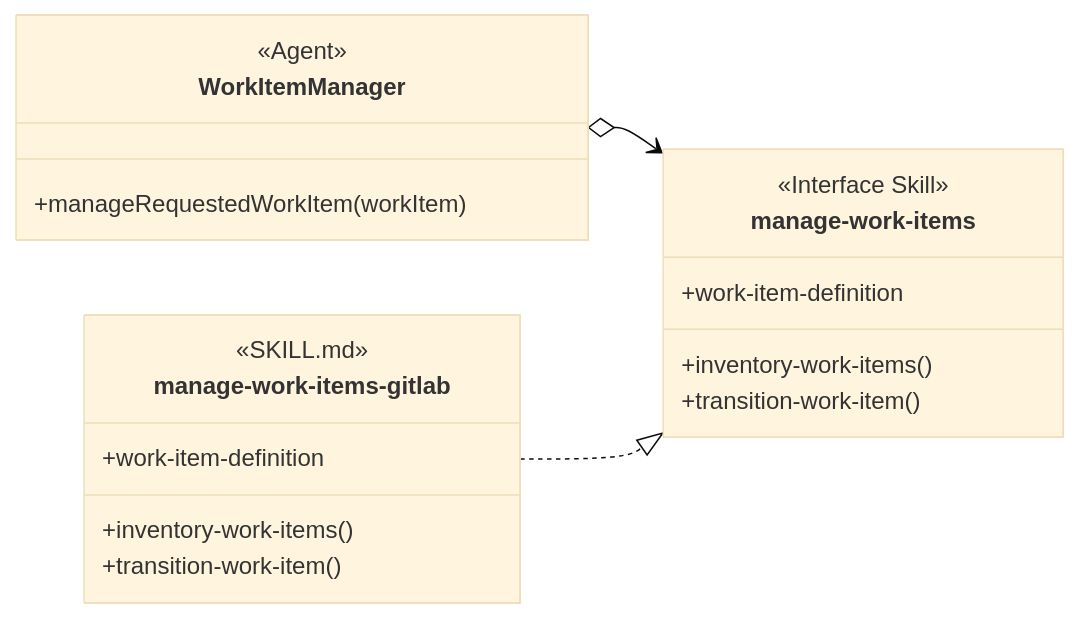
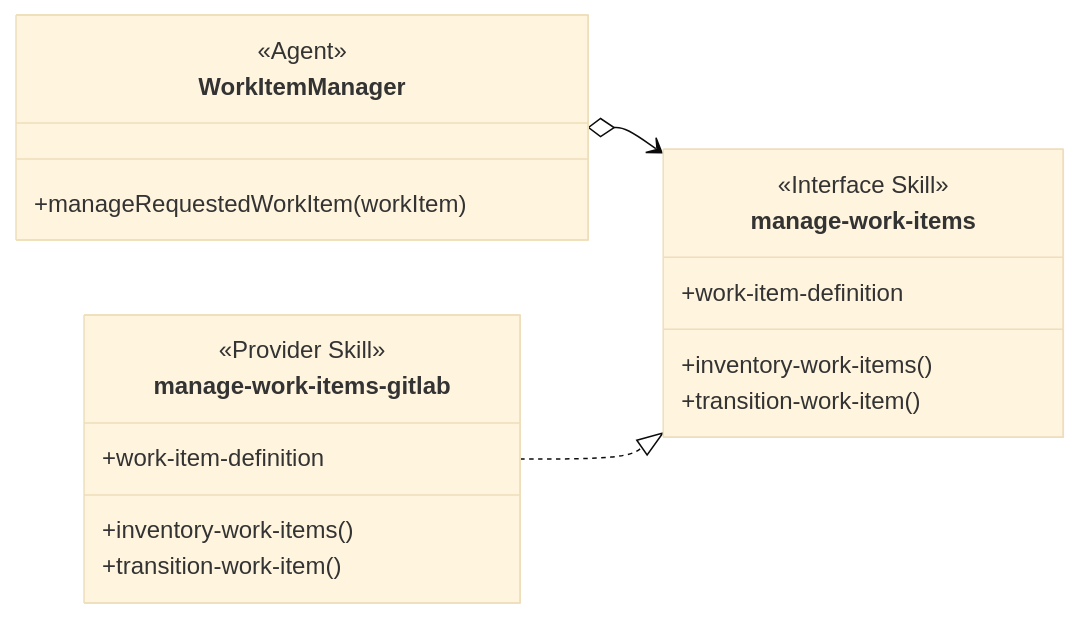
Before and after one commit to martinbechard/dev-methodology: the sixth of 16 diagrams in design/object-oriented-agent-and-skill-model.md, drawn with Mermaid (base theme). The commit also changed other lines of this file and 3 other files, not shown here.

````diff
--- a/design/object-oriented-agent-and-skill-model.md
+++ b/design/object-oriented-agent-and-skill-model.md
@@ -243,26 +243,26 @@
 ```mermaid
 classDiagram
     direction LR
 
     class WorkItemManager {
         <<Agent>>
         +manageRequestedWorkItem(workItem)
     }
 
     class manage-work-items["manage-work-items"] {
         <<Interface Skill>>
         +work-item-definition
         +inventory-work-items()
         +transition-work-item()
     }
 
     class manage-work-items-gitlab {
-        <<SKILL.md>>
+        <<Provider Skill>>
         +work-item-definition
         +inventory-work-items()
         +transition-work-item()
     }
 
     WorkItemManager o--> manage-work-items
     manage-work-items-gitlab ..|> manage-work-items
 ```
````
